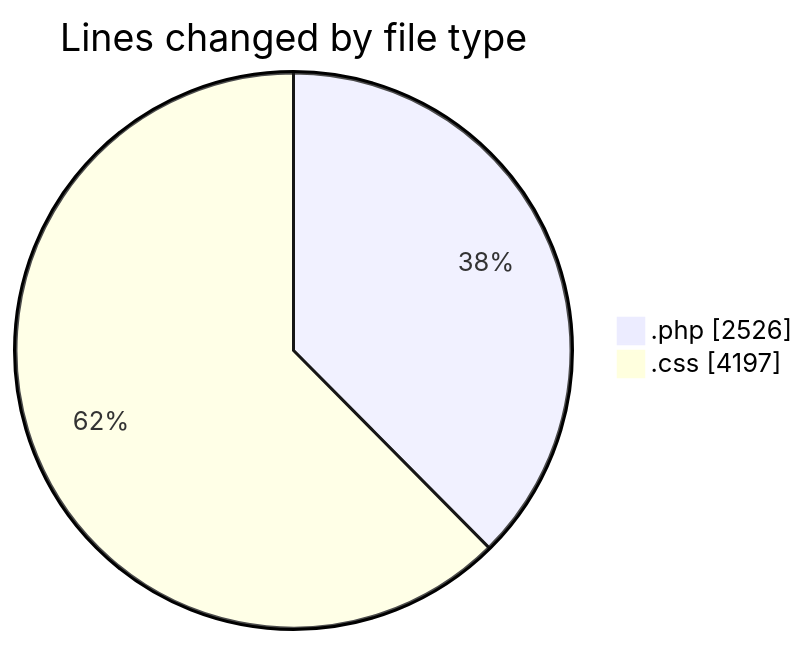
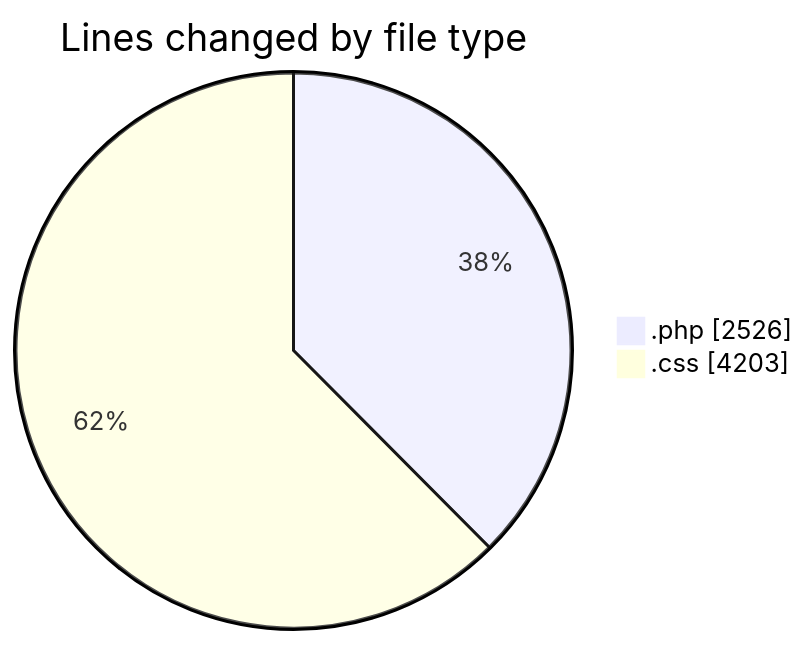
Before and after one commit to debugP/code-tracking: the first of 2 diagrams in 2026-08-14/untitled__workspace_/README.md, drawn with Mermaid. The commit also changed other lines of this file and 1 other file, not shown here.

````diff
--- a/2026-08-14/untitled__workspace_/README.md
+++ b/2026-08-14/untitled__workspace_/README.md
@@ -24,6 +24,6 @@
 ```mermaid
 pie showData
 title Lines changed by file type
 ".php" : 2526
-".css" : 4197
+".css" : 4203
 ```
````
